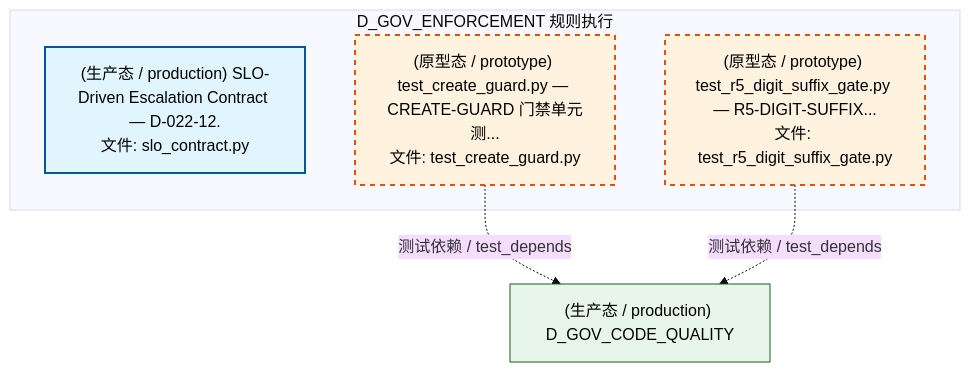
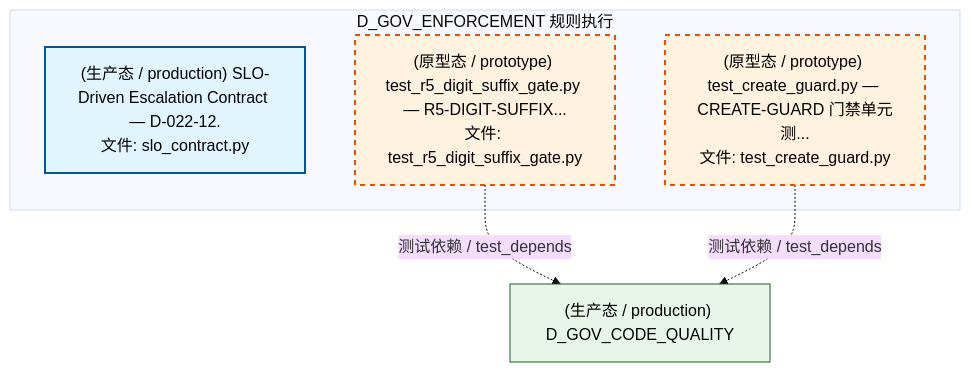
Before and after one commit to xuanFelixVan/ZephyrAlpha: the second of 5 diagrams in docs/02_enterprise_architecture/02_domain_architecture_docs/42_d_gov_enforcement.md, drawn with Mermaid (base theme). The commit also changed other lines of this file and 88 other files, not shown here.

````diff
--- a/docs/02_enterprise_architecture/02_domain_architecture_docs/42_d_gov_enforcement.md
+++ b/docs/02_enterprise_architecture/02_domain_architecture_docs/42_d_gov_enforcement.md
@@ -291,18 +289,18 @@
 ```mermaid
 graph TD
     subgraph D_GOV_ENFORCEMENT["D_GOV_ENFORCEMENT 规则执行"]
         src_zephyr_gov_enforcement_rule_enforcement_slo_contract_py["(生产态 / production) SLO-Driven Escalation Contract — D-022-12.<br/>文件: slo_contract.py"]
         tests_governance_commit_gates_test_create_guard_py["(原型态 / prototype) test_create_guard.py — CREATE-GUARD 门禁单元测...<br/>文件: test_create_guard.py"]
         tests_governance_commit_gates_test_r5_digit_suffix_gate_py["(原型态 / prototype) test_r5_digit_suffix_gate.py — R5-DIGIT-SUFFIX...<br/>文件: test_r5_digit_suffix_gate.py"]
     end
     D_GOV_CODE_QUALITY["(生产态 / production) D_GOV_CODE_QUALITY"]
+    tests_governance_commit_gates_test_r5_digit_suffix_gate_py -.->|测试依赖 / test_depends| D_GOV_CODE_QUALITY
     tests_governance_commit_gates_test_create_guard_py -.->|测试依赖 / test_depends| D_GOV_CODE_QUALITY
-    tests_governance_commit_gates_test_r5_digit_suffix_gate_py -.->|测试依赖 / test_depends| D_GOV_CODE_QUALITY
     classDef production fill:#e1f5fe,stroke:#01579b,stroke-width:2px,color:#000
     classDef design fill:#fff3e0,stroke:#e65100,stroke-width:2px,color:#000,stroke-dasharray: 5 5
     classDef external_prod fill:#e8f5e9,stroke:#1b5e20,stroke-width:1px,color:#000
     classDef external_design fill:#fce4ec,stroke:#880e4f,stroke-width:1px,color:#000,stroke-dasharray: 5 5
     class src_zephyr_gov_enforcement_rule_enforcement_slo_contract_py production
     class tests_governance_commit_gates_test_create_guard_py,tests_governance_commit_gates_test_r5_digit_suffix_gate_py design
     class D_GOV_CODE_QUALITY external_prod
 ```
````
